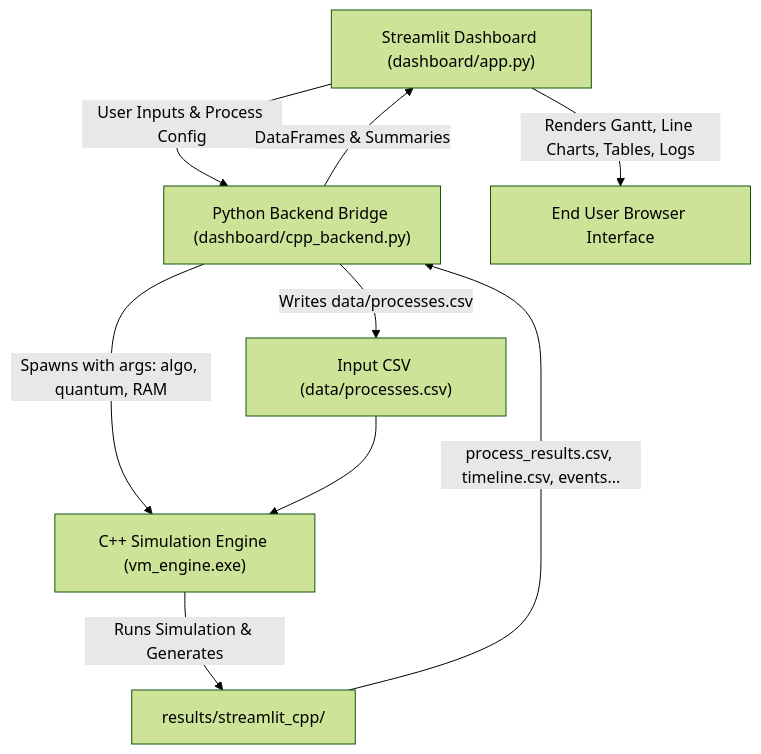
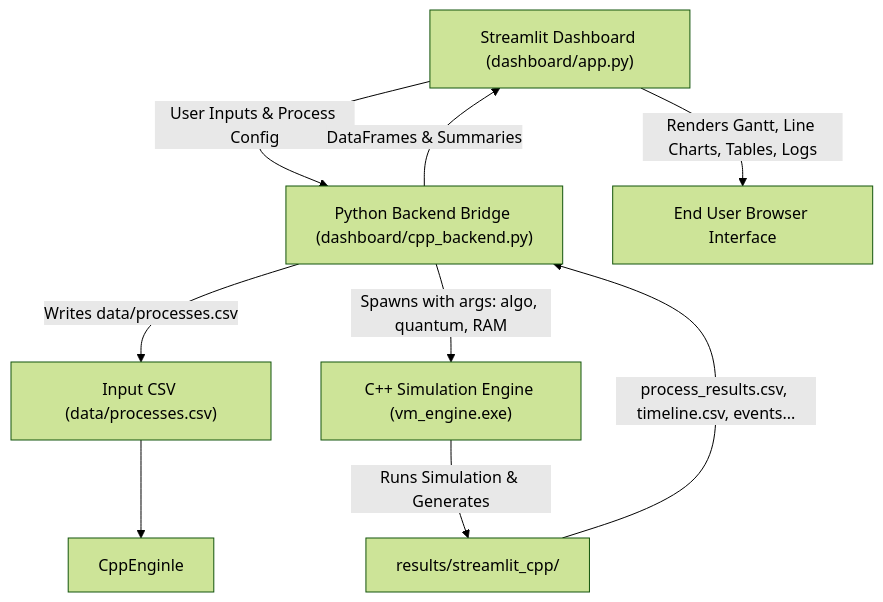
Before and after one commit to Kartik-code2116/Os_Virtual_Machine: the diagram in README.md, drawn with Mermaid (forest theme). The commit also changed 2 other files, not shown here.

Commit message:
Center simulator tables and update flowchart
Centers columns in the process editor and results table. The README flowchart input edge now points to the misspelled `CppEnginle` node.

````diff
--- a/README.md
+++ b/README.md
@@ -81,11 +81,11 @@
 ```mermaid
 flowchart TD
     UI["Streamlit Dashboard (dashboard/app.py)"] -->|User Inputs & Process Config| PyBridge["Python Backend Bridge (dashboard/cpp_backend.py)"]
     PyBridge -->|Writes data/processes.csv| CSVInput["Input CSV (data/processes.csv)"]
     PyBridge -->|Spawns with args: algo, quantum, RAM| CppEngine["C++ Simulation Engine (vm_engine.exe)"]
-    CSVInput --> CppEngine
+    CSVInput --> CppEnginle
     CppEngine -->|Runs Simulation & Generates| Results["results/streamlit_cpp/"]
     Results -->|process_results.csv, timeline.csv, events...| PyBridge
     PyBridge -->|DataFrames & Summaries| UI
     UI -->|Renders Gantt, Line Charts, Tables, Logs| User["End User Browser Interface"]
 ```
````
